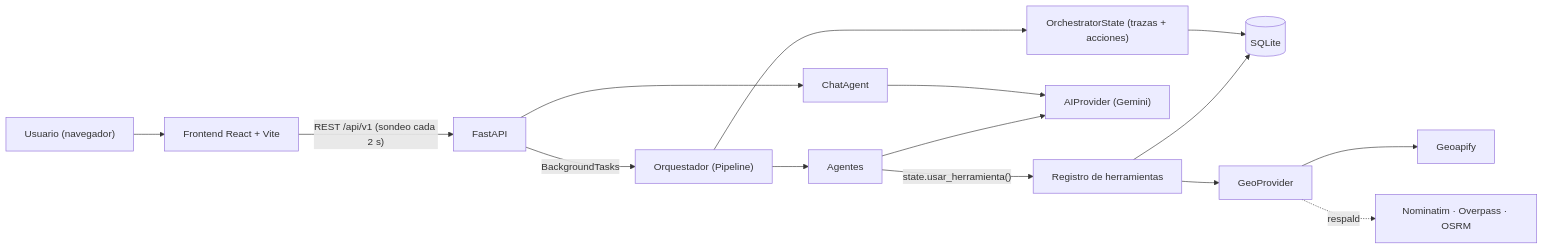
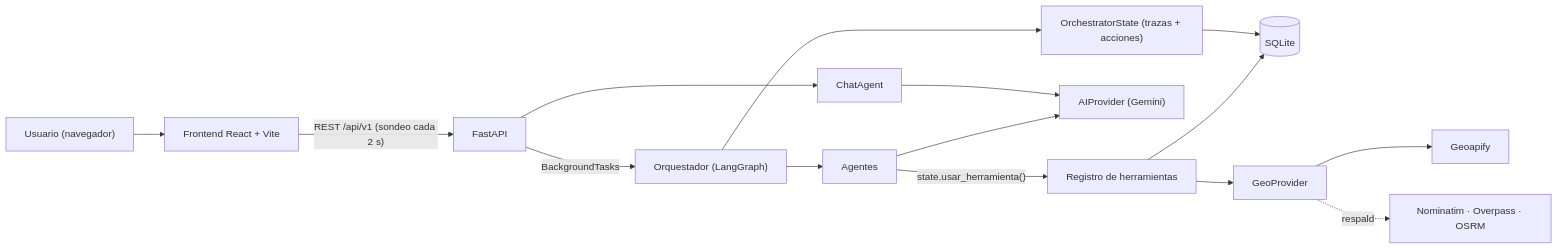
One commit to Jupagui/Orbis changed the first of 4 diagrams in Documentacion/plan_tecnico.md. Above: the diagram before and after it, drawn with Mermaid. The commit also changed other lines of this file and 11 other files, not shown here.

````diff
--- a/Documentacion/plan_tecnico.md
+++ b/Documentacion/plan_tecnico.md
@@ -69,16 +70,16 @@
 ```mermaid
 flowchart LR
   U["Usuario (navegador)"] --> FE["Frontend React + Vite"]
   FE -->|"REST /api/v1 (sondeo cada 2 s)"| API["FastAPI"]
-  API -->|BackgroundTasks| ORQ["Orquestador (Pipeline)"]
+  API -->|BackgroundTasks| ORQ["Orquestador (LangGraph)"]
   ORQ --> AG["Agentes"]
   AG -->|"state.usar_herramienta()"| TL["Registro de herramientas"]
   TL --> DB[("SQLite")]
   TL --> GEO["GeoProvider"]
   GEO --> GA["Geoapify"]
   GEO -.respaldo.-> OSM["Nominatim · Overpass · OSRM"]
   AG --> AI["AIProvider (Gemini)"]
   ORQ --> ST["OrchestratorState (trazas + acciones)"]
   ST --> DB
   API --> CH["ChatAgent"] --> AI
 ```
````
